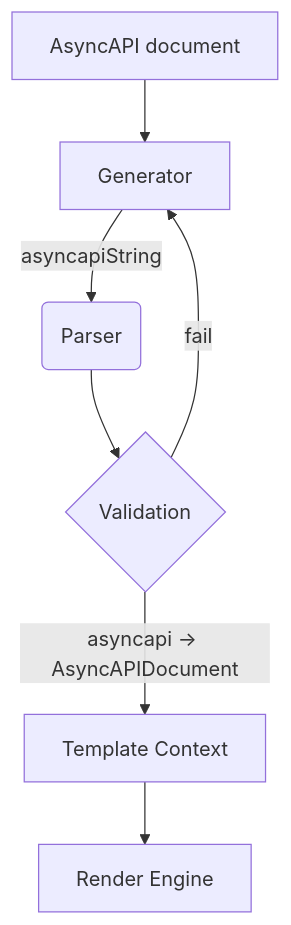
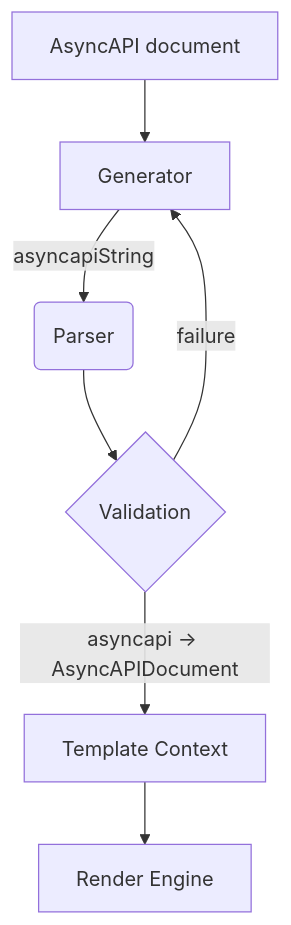
One commit to asyncapi/generator changed the diagram in docs/parser.md. Above: the diagram before and after it, drawn with Mermaid.

Commit message:
typo in diag

````diff
--- a/docs/parser.md
+++ b/docs/parser.md
@@ -83,9 +83,9 @@
 ```mermaid
 graph TD
     A[AsyncAPI document] --> B
     B[Generator] -->|asyncapiString| C(Parser)
     C --> D{Validation}
-    D -->|fail| B
+    D -->|failure| B
     D -->|asyncapi -> AsyncAPIDocument| E[Template Context]
     E --> F[Render Engine]
 ```
````
